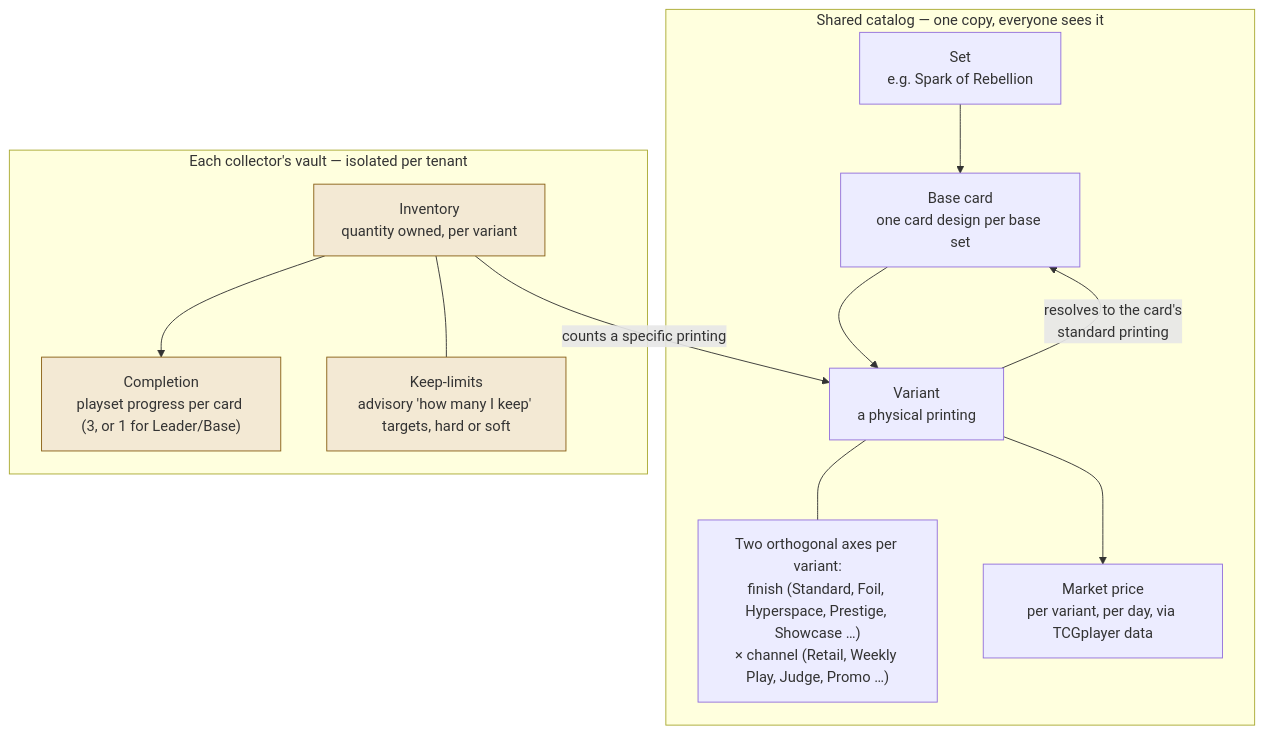
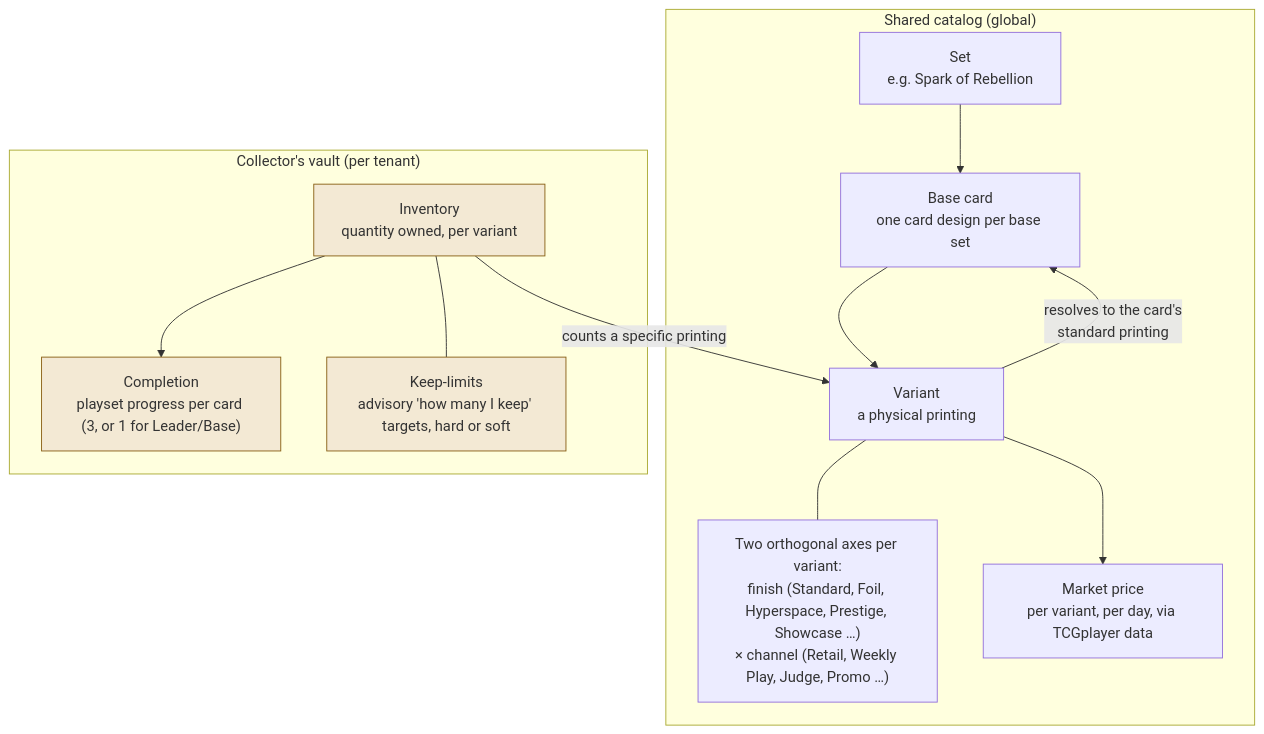
The second of 2 diagrams in specification_documents/architecture/Architecture_Conceptual.md (whitebreadisu/hyperspacevault), drawn with Mermaid before and after one commit. The commit also changed other lines of this file and 8 other files, not shown here.

First line of the commit message:
docs: BL-271 architecture views regenerated as of v2.0.1 / main d3118c5 (phone layout, scanner, PostHog relay, CI matrix, promote gate) (#274)

````diff
--- a/specification_documents/architecture/Architecture_Conceptual.md
+++ b/specification_documents/architecture/Architecture_Conceptual.md
@@ -67,27 +73,27 @@
 ```mermaid
 flowchart TB
-  subgraph catalog["Shared catalog — one copy, everyone sees it"]
+  subgraph catalog["Shared catalog (global)"]
     set["Set<br/>e.g. Spark of Rebellion"]
     card["Base card<br/>one card design per base set"]
     variant["Variant<br/>a physical printing"]
     axes["Two orthogonal axes per variant:<br/>finish (Standard, Foil, Hyperspace, Prestige, Showcase …)<br/>× channel (Retail, Weekly Play, Judge, Promo …)"]
     price["Market price<br/>per variant, per day, via TCGplayer data"]
     set --> card --> variant
     variant --- axes
     variant --> price
     variant -->|"resolves to the card's<br/>standard printing"| card
   end
 
-  subgraph vault["Each collector's vault — isolated per tenant"]
+  subgraph vault["Collector's vault (per tenant)"]
     inv["Inventory<br/>quantity owned, per variant"]
     completion["Completion<br/>playset progress per card (3, or 1 for Leader/Base)"]
     limits["Keep-limits<br/>advisory 'how many I keep' targets, hard or soft"]
     inv --> completion
     inv --- limits
   end
 
   inv -->|"counts a specific printing"| variant
 
   classDef vaultbox fill:#F3E9D4,stroke:#8A6116;
   class inv,completion,limits vaultbox;
 ```
````
